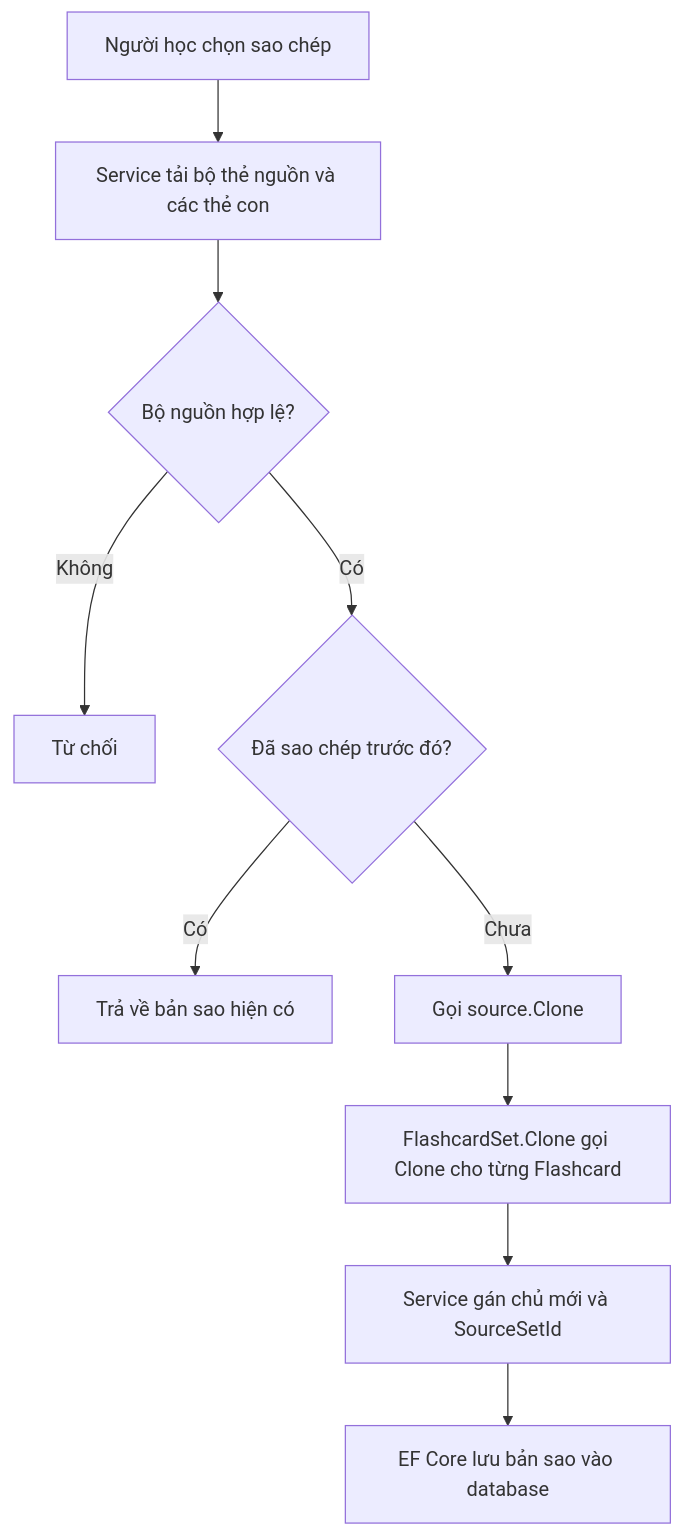
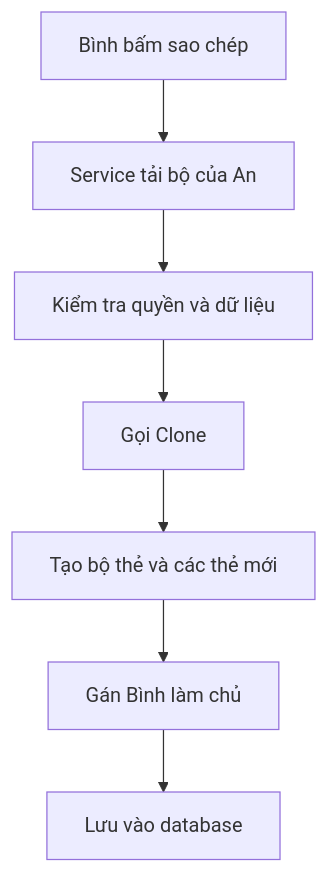
Before and after one commit to duchuyn04/LTWNC-English: the diagram in explain/prototype.md, drawn with Mermaid. The commit also changed other lines of this file, not shown here.

````diff
--- a/explain/prototype.md
+++ b/explain/prototype.md
@@ -66,12 +139,9 @@
 ```mermaid
 flowchart TD
-    A[Người học chọn sao chép] --> B[Service tải bộ thẻ nguồn và các thẻ con]
-    B --> C{Bộ nguồn hợp lệ?}
-    C -- Không --> D[Từ chối]
-    C -- Có --> E{Đã sao chép trước đó?}
-    E -- Có --> F[Trả về bản sao hiện có]
-    E -- Chưa --> G[Gọi source.Clone]
-    G --> H[FlashcardSet.Clone gọi Clone cho từng Flashcard]
-    H --> I[Service gán chủ mới và SourceSetId]
-    I --> J[EF Core lưu bản sao vào database]
+    A[Bình bấm sao chép] --> B[Service tải bộ của An]
+    B --> C[Kiểm tra quyền và dữ liệu]
+    C --> D[Gọi Clone]
+    D --> E[Tạo bộ thẻ và các thẻ mới]
+    E --> F[Gán Bình làm chủ]
+    F --> G[Lưu vào database]
 ```
````
